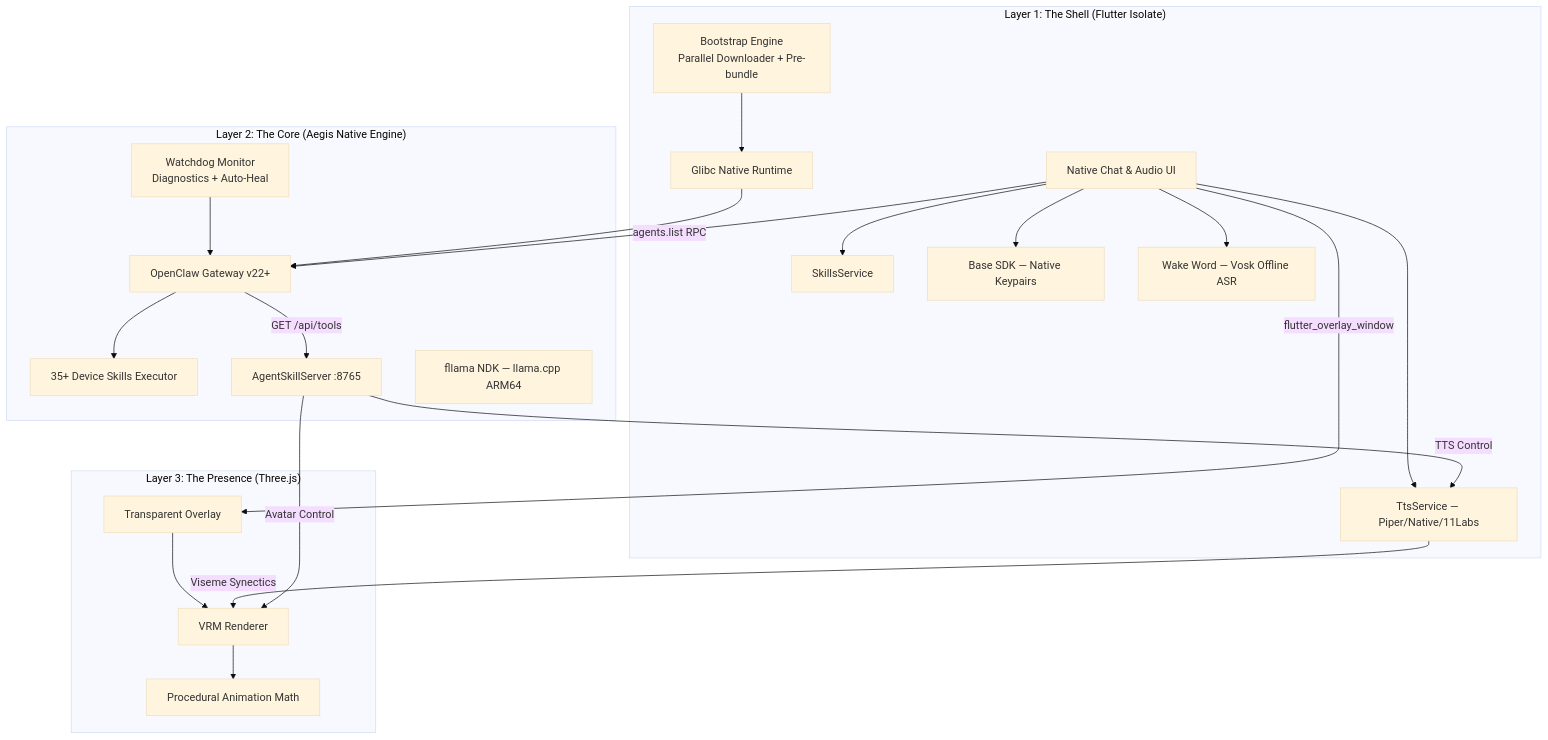
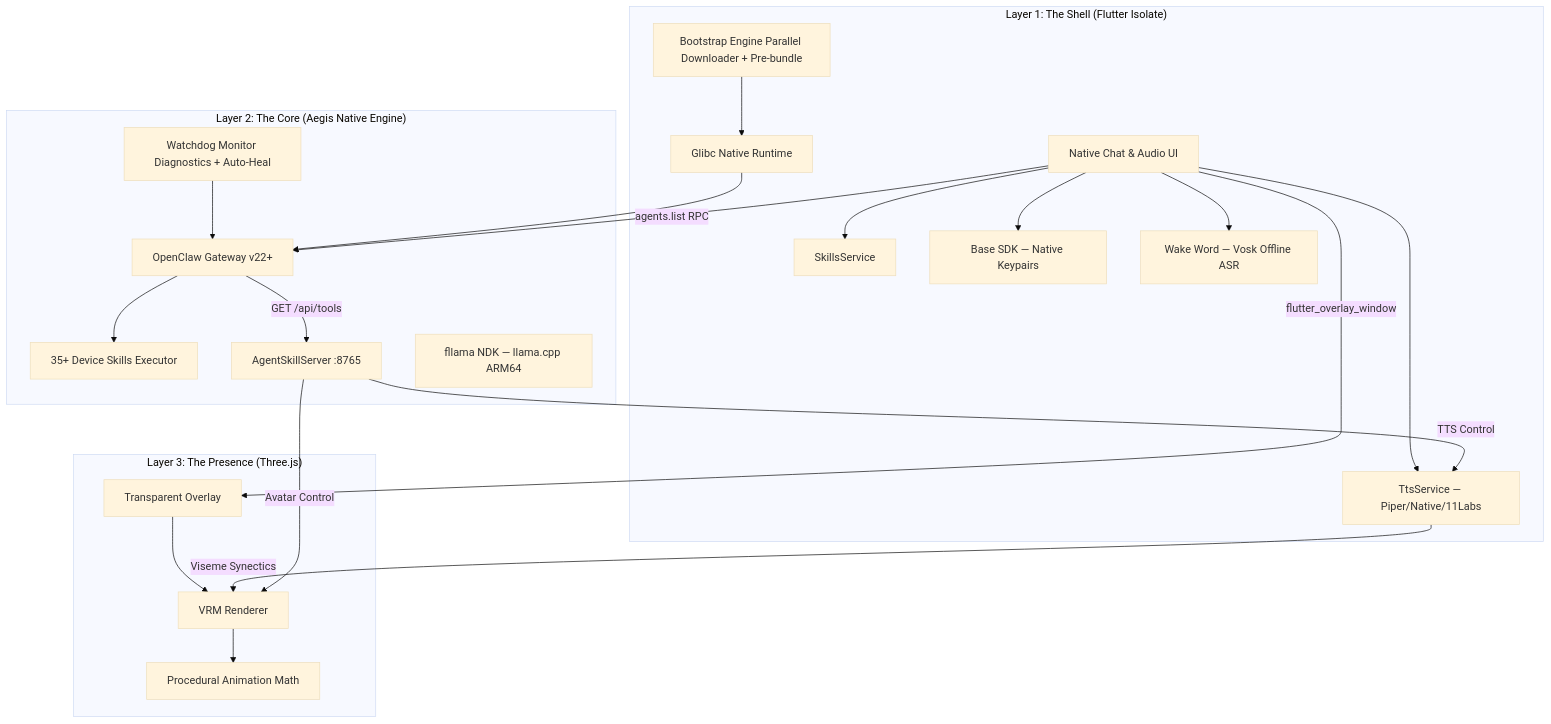
One commit to vmbbz/plawie changed the diagram in README.md. Above: the diagram before and after it, drawn with Mermaid (base theme).

Commit message:
docs: simplify Mermaid diagram to single-line labels for rendering reliability

````diff
--- a/README.md
+++ b/README.md
@@ -208,29 +208,29 @@
 ```mermaid
 graph TD
     subgraph "Layer 1: The Shell (Flutter Isolate)"
         A[Native Chat & Audio UI] --> B[SkillsService]
         A --> C[Base SDK — Native Keypairs]
         A --> D[TtsService — Piper/Native/11Labs]
         A --> W[Wake Word — Vosk Offline ASR]
-        Z["Bootstrap Engine\nParallel Downloader + Pre-bundle"] --> E
+        Z[Bootstrap Engine Parallel Downloader + Pre-bundle] --> E
     end
 
     subgraph "Layer 2: The Core (Aegis Native Engine)"
         E[Glibc Native Runtime] --> F[OpenClaw Gateway v22+]
         F --> G[35+ Device Skills Executor]
         F -- "GET /api/tools" --> K
         L[fllama NDK — llama.cpp ARM64]
-        M["Watchdog Monitor\nDiagnostics + Auto-Heal"] --> F
+        M[Watchdog Monitor Diagnostics + Auto-Heal] --> F
     end
 
     subgraph "Layer 3: The Presence (Three.js)"
         H[Transparent Overlay] --> I[VRM Renderer]
         I --> J[Procedural Animation Math]
     end
 
     A -- "flutter_overlay_window" --> H
     D -- "Viseme Synectics" --> I
     A -- "agents.list RPC" --> F
     K[AgentSkillServer :8765] -- "Avatar Control" --> I
     K -- "TTS Control" --> D
 ```
````
